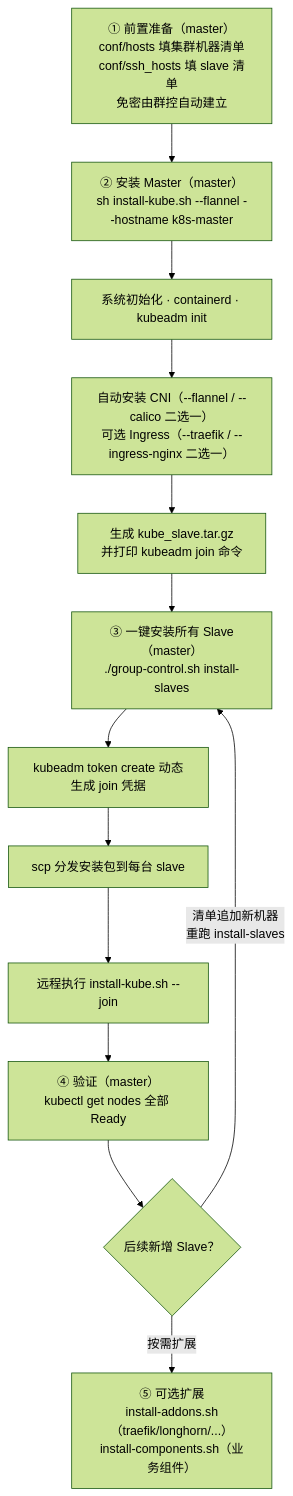
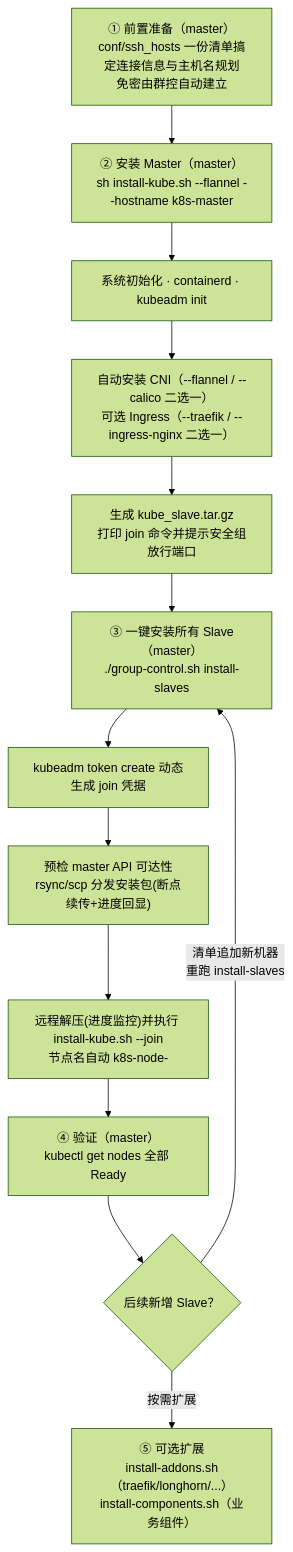
Before and after one commit to kamalyes/tarzan: the second of 2 diagrams in README.md, drawn with Mermaid (forest theme). The commit also changed other lines of this file and 3 other files, not shown here.

````diff
--- a/README.md
+++ b/README.md
@@ -32,15 +32,15 @@
 ```mermaid
 flowchart TD
-    A["① 前置准备（master）<br/>conf/hosts 填集群机器清单<br/>conf/ssh_hosts 填 slave 清单<br/>免密由群控自动建立"] --> B["② 安装 Master（master）<br/>sh install-kube.sh --flannel --hostname k8s-master"]
+    A["① 前置准备（master）<br/>conf/ssh_hosts 一份清单搞定连接信息与主机名规划<br/>免密由群控自动建立"] --> B["② 安装 Master（master）<br/>sh install-kube.sh --flannel --hostname k8s-master"]
     B --> B1["系统初始化 · containerd · kubeadm init"]
     B1 --> B2["自动安装 CNI（--flannel / --calico 二选一）<br/>可选 Ingress（--traefik / --ingress-nginx 二选一）"]
-    B2 --> B3["生成 kube_slave.tar.gz<br/>并打印 kubeadm join 命令"]
+    B2 --> B3["生成 kube_slave.tar.gz<br/>打印 join 命令并提示安全组放行端口"]
     B3 --> C["③ 一键安装所有 Slave（master）<br/>./group-control.sh install-slaves"]
     C --> C1["kubeadm token create 动态生成 join 凭据"]
-    C1 --> C2["scp 分发安装包到每台 slave"]
-    C2 --> C3["远程执行 install-kube.sh --join"]
+    C1 --> C2["预检 master API 可达性<br/>rsync/scp 分发安装包(断点续传+进度回显)"]
+    C2 --> C3["远程解压(进度监控)并执行 install-kube.sh --join<br/>节点名自动 k8s-node-<IP末段>"]
     C3 --> D["④ 验证（master）<br/>kubectl get nodes 全部 Ready"]
     D --> E{"后续新增 Slave？"}
     E -- "清单追加新机器<br/>重跑 install-slaves" --> C
     E -- "按需扩展" --> F["⑤ 可选扩展<br/>install-addons.sh（traefik/longhorn/...）<br/>install-components.sh（业务组件）"]
 ```
````
